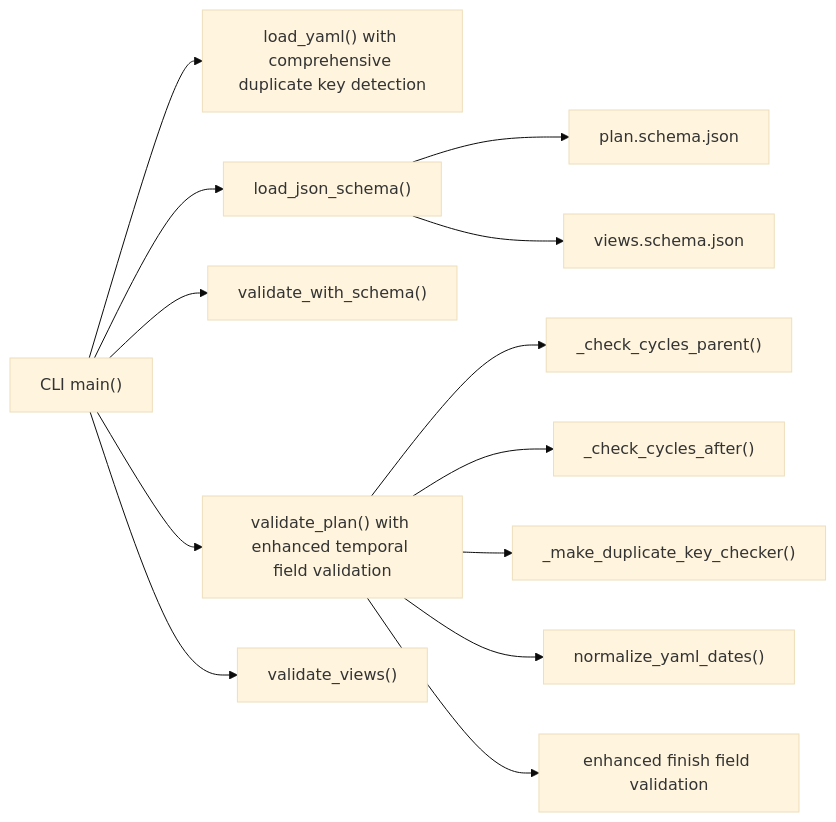
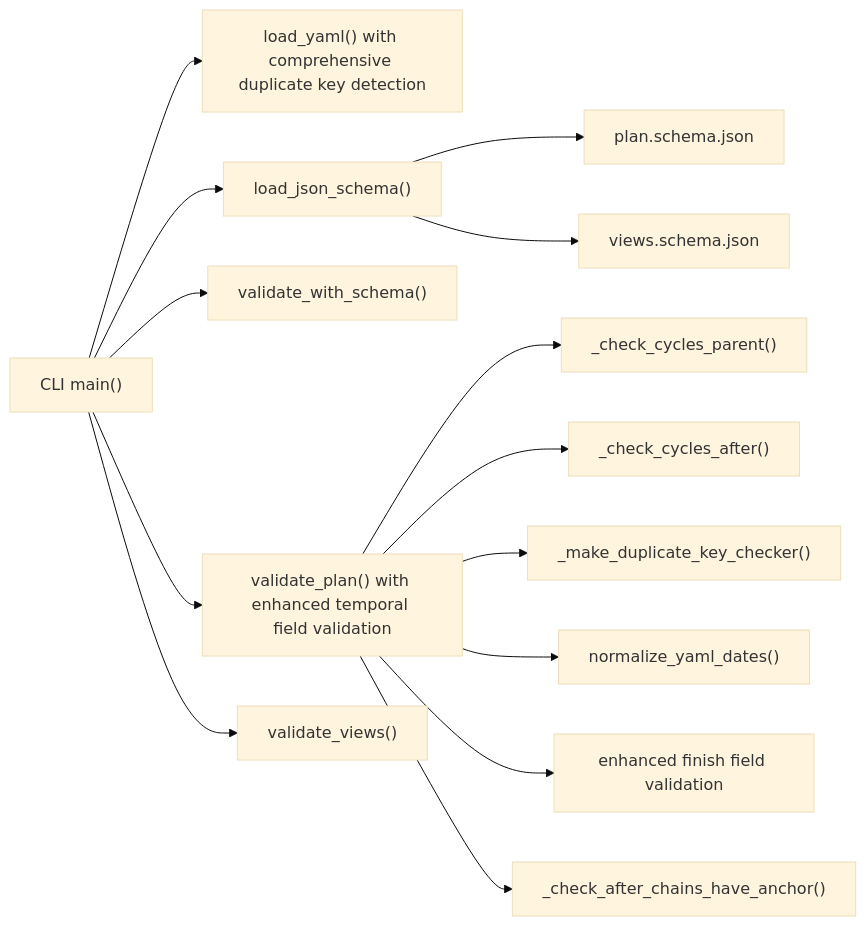
Before and after one commit to asukhodko/opskarta: the third of 3 diagrams in .qoder/repowiki/en/content/Tooling and Utilities/Validation System.md, drawn with Mermaid (base theme). The commit also changed other lines of this file and 4 other files, not shown here.

````diff
--- a/.qoder/repowiki/en/content/Tooling and Utilities/Validation System.md
+++ b/.qoder/repowiki/en/content/Tooling and Utilities/Validation System.md
@@ -326,15 +338,16 @@
 ```mermaid
 graph LR
 CLI["CLI main()"] --> LOAD_YAML["load_yaml() with comprehensive duplicate key detection"]
 CLI --> LOAD_SCHEMA["load_json_schema()"]
 CLI --> VALIDATE_SCHEMA["validate_with_schema()"]
 CLI --> VALIDATE_PLAN["validate_plan() with enhanced temporal field validation"]
 CLI --> VALIDATE_VIEWS["validate_views()"]
 VALIDATE_PLAN --> CYCLE_PARENT["_check_cycles_parent()"]
 VALIDATE_PLAN --> CYCLE_AFTER["_check_cycles_after()"]
 VALIDATE_PLAN --> DUPLICATE_KEY_CHECKER["_make_duplicate_key_checker()"]
 VALIDATE_PLAN --> DATE_NORMALIZATION["normalize_yaml_dates()"]
 VALIDATE_PLAN --> FINISH_FIELD_VALIDATION["enhanced finish field validation"]
+VALIDATE_PLAN --> AFTER_CHAIN_CHECK["_check_after_chains_have_anchor()"]
 LOAD_SCHEMA --> PLAN_SCHEMA["plan.schema.json"]
 LOAD_SCHEMA --> VIEWS_SCHEMA["views.schema.json"]
 ```
````
